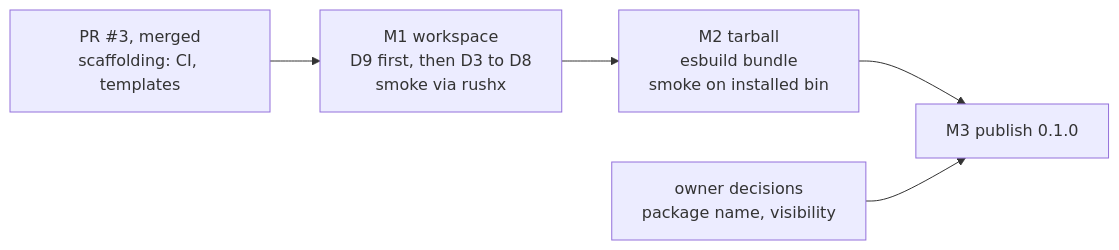
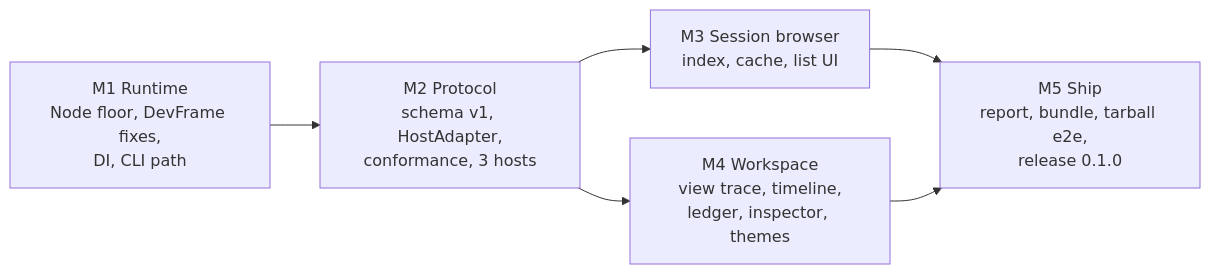
Before and after one commit to PerfectPan/estela: the fourth of 4 diagrams in docs/plans/0001-external-release.md, drawn with Mermaid. The commit also changed other lines of this file and 2 other files, not shown here.

First line of the commit message:
docs: rewrite Spec and Plan 0001 around the DevTools and host protocol

````diff
--- a/docs/plans/0001-external-release.md
+++ b/docs/plans/0001-external-release.md
@@ -318,7 +449,8 @@
 ```mermaid
 flowchart LR
-  scaf["PR #3, merged<br/>scaffolding: CI, templates"] --> m1
-  m1["M1 workspace<br/>D9 first, then D3 to D8<br/>smoke via rushx"] --> m2["M2 tarball<br/>esbuild bundle<br/>smoke on installed bin"]
-  m2 --> m3["M3 publish 0.1.0"]
-  owner["owner decisions<br/>package name, visibility"] --> m3
+  m1["M1 Runtime<br/>Node floor, DevFrame fixes,<br/>DI, CLI path"] --> m2["M2 Protocol<br/>schema v1, HostAdapter,<br/>conformance, 3 hosts"]
+  m2 --> m3["M3 Session browser<br/>index, cache, list UI"]
+  m2 --> m4["M4 Workspace<br/>view trace, timeline,<br/>ledger, inspector, themes"]
+  m3 --> m5["M5 Ship<br/>report, bundle, tarball e2e,<br/>release 0.1.0"]
+  m4 --> m5
 ```
````
